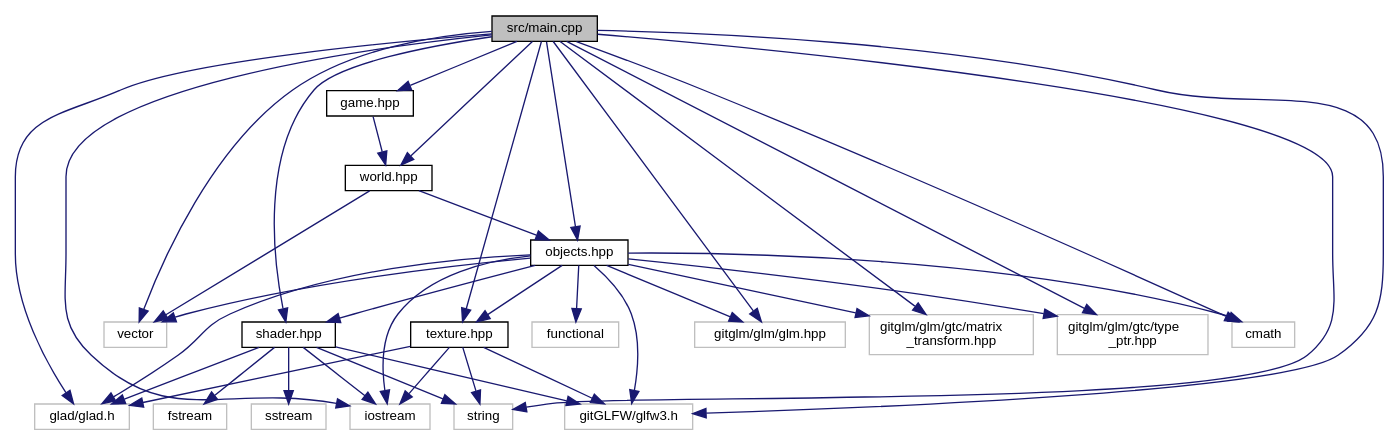
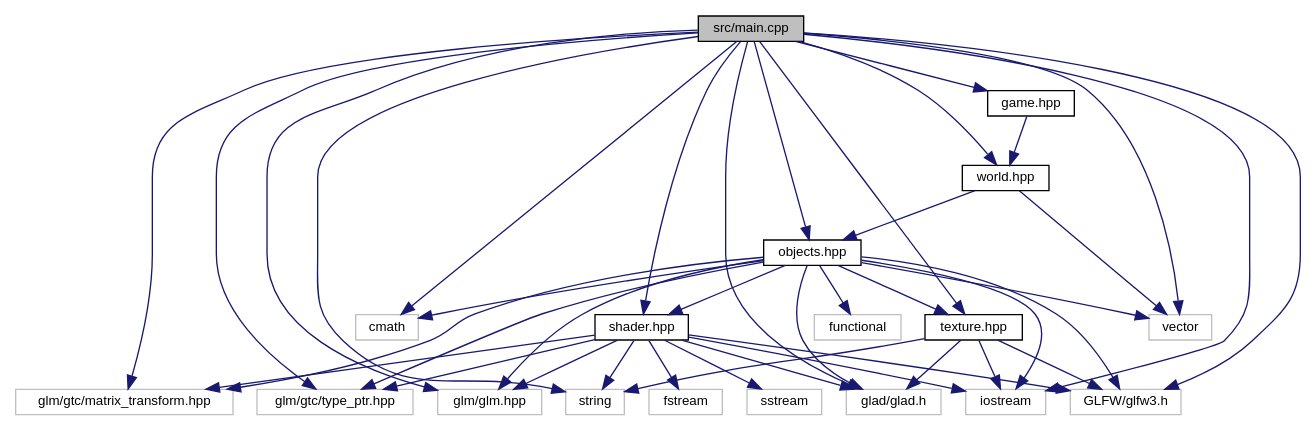
One commit to noah1510/redhand changed the diagram in main_8cpp__incl.dot. Above: the diagram before and after it, drawn with Graphviz. The commit also changed 96 other files, not shown here.

```diff
--- a/main_8cpp__incl.dot
+++ b/main_8cpp__incl.dot
@@ -1,61 +1,64 @@
 digraph "src/main.cpp"
 {
   edge [fontname="Helvetica",fontsize="10",labelfontname="Helvetica",labelfontsize="10"];
   node [fontname="Helvetica",fontsize="10",shape=record];
   Node0 [label="src/main.cpp",height=0.2,width=0.4,color="black", fillcolor="grey75", style="filled", fontcolor="black"];
   Node0 -> Node1 [color="midnightblue",fontsize="10",style="solid",fontname="Helvetica"];
   Node1 [label="glad/glad.h",height=0.2,width=0.4,color="grey75", fillcolor="white", style="filled"];
   Node0 -> Node2 [color="midnightblue",fontsize="10",style="solid",fontname="Helvetica"];
-  Node2 [label="gitGLFW/glfw3.h",height=0.2,width=0.4,color="grey75", fillcolor="white", style="filled"];
+  Node2 [label="GLFW/glfw3.h",height=0.2,width=0.4,color="grey75", fillcolor="white", style="filled"];
   Node0 -> Node3 [color="midnightblue",fontsize="10",style="solid",fontname="Helvetica"];
-  Node3 [label="gitglm/glm/glm.hpp",height=0.2,width=0.4,color="grey75", fillcolor="white", style="filled"];
+  Node3 [label="glm/glm.hpp",height=0.2,width=0.4,color="grey75", fillcolor="white", style="filled"];
   Node0 -> Node4 [color="midnightblue",fontsize="10",style="solid",fontname="Helvetica"];
-  Node4 [label="gitglm/glm/gtc/matrix\l_transform.hpp",height=0.2,width=0.4,color="grey75", fillcolor="white", style="filled"];
+  Node4 [label="glm/gtc/matrix_transform.hpp",height=0.2,width=0.4,color="grey75", fillcolor="white", style="filled"];
   Node0 -> Node5 [color="midnightblue",fontsize="10",style="solid",fontname="Helvetica"];
-  Node5 [label="gitglm/glm/gtc/type\l_ptr.hpp",height=0.2,width=0.4,color="grey75", fillcolor="white", style="filled"];
+  Node5 [label="glm/gtc/type_ptr.hpp",height=0.2,width=0.4,color="grey75", fillcolor="white", style="filled"];
   Node0 -> Node6 [color="midnightblue",fontsize="10",style="solid",fontname="Helvetica"];
   Node6 [label="iostream",height=0.2,width=0.4,color="grey75", fillcolor="white", style="filled"];
   Node0 -> Node7 [color="midnightblue",fontsize="10",style="solid",fontname="Helvetica"];
   Node7 [label="cmath",height=0.2,width=0.4,color="grey75", fillcolor="white", style="filled"];
   Node0 -> Node8 [color="midnightblue",fontsize="10",style="solid",fontname="Helvetica"];
   Node8 [label="string",height=0.2,width=0.4,color="grey75", fillcolor="white", style="filled"];
   Node0 -> Node9 [color="midnightblue",fontsize="10",style="solid",fontname="Helvetica"];
   Node9 [label="vector",height=0.2,width=0.4,color="grey75", fillcolor="white", style="filled"];
   Node0 -> Node10 [color="midnightblue",fontsize="10",style="solid",fontname="Helvetica"];
   Node10 [label="objects.hpp",height=0.2,width=0.4,color="black", fillcolor="white", style="filled",URL="$objects_8hpp.html"];
   Node10 -> Node11 [color="midnightblue",fontsize="10",style="solid",fontname="Helvetica"];
   Node11 [label="shader.hpp",height=0.2,width=0.4,color="black", fillcolor="white", style="filled",URL="$shader_8hpp.html"];
   Node11 -> Node1 [color="midnightblue",fontsize="10",style="solid",fontname="Helvetica"];
   Node11 -> Node2 [color="midnightblue",fontsize="10",style="solid",fontname="Helvetica"];
+  Node11 -> Node3 [color="midnightblue",fontsize="10",style="solid",fontname="Helvetica"];
+  Node11 -> Node4 [color="midnightblue",fontsize="10",style="solid",fontname="Helvetica"];
+  Node11 -> Node5 [color="midnightblue",fontsize="10",style="solid",fontname="Helvetica"];
   Node11 -> Node8 [color="midnightblue",fontsize="10",style="solid",fontname="Helvetica"];
   Node11 -> Node12 [color="midnightblue",fontsize="10",style="solid",fontname="Helvetica"];
   Node12 [label="fstream",height=0.2,width=0.4,color="grey75", fillcolor="white", style="filled"];
   Node11 -> Node13 [color="midnightblue",fontsize="10",style="solid",fontname="Helvetica"];
   Node13 [label="sstream",height=0.2,width=0.4,color="grey75", fillcolor="white", style="filled"];
   Node11 -> Node6 [color="midnightblue",fontsize="10",style="solid",fontname="Helvetica"];
   Node10 -> Node14 [color="midnightblue",fontsize="10",style="solid",fontname="Helvetica"];
   Node14 [label="texture.hpp",height=0.2,width=0.4,color="black", fillcolor="white", style="filled",URL="$texture_8hpp.html"];
   Node14 -> Node8 [color="midnightblue",fontsize="10",style="solid",fontname="Helvetica"];
   Node14 -> Node1 [color="midnightblue",fontsize="10",style="solid",fontname="Helvetica"];
   Node14 -> Node2 [color="midnightblue",fontsize="10",style="solid",fontname="Helvetica"];
   Node14 -> Node6 [color="midnightblue",fontsize="10",style="solid",fontname="Helvetica"];
   Node10 -> Node7 [color="midnightblue",fontsize="10",style="solid",fontname="Helvetica"];
   Node10 -> Node6 [color="midnightblue",fontsize="10",style="solid",fontname="Helvetica"];
   Node10 -> Node9 [color="midnightblue",fontsize="10",style="solid",fontname="Helvetica"];
   Node10 -> Node15 [color="midnightblue",fontsize="10",style="solid",fontname="Helvetica"];
   Node15 [label="functional",height=0.2,width=0.4,color="grey75", fillcolor="white", style="filled"];
   Node10 -> Node3 [color="midnightblue",fontsize="10",style="solid",fontname="Helvetica"];
   Node10 -> Node4 [color="midnightblue",fontsize="10",style="solid",fontname="Helvetica"];
   Node10 -> Node5 [color="midnightblue",fontsize="10",style="solid",fontname="Helvetica"];
   Node10 -> Node1 [color="midnightblue",fontsize="10",style="solid",fontname="Helvetica"];
   Node10 -> Node2 [color="midnightblue",fontsize="10",style="solid",fontname="Helvetica"];
   Node0 -> Node11 [color="midnightblue",fontsize="10",style="solid",fontname="Helvetica"];
   Node0 -> Node14 [color="midnightblue",fontsize="10",style="solid",fontname="Helvetica"];
   Node0 -> Node16 [color="midnightblue",fontsize="10",style="solid",fontname="Helvetica"];
   Node16 [label="game.hpp",height=0.2,width=0.4,color="black", fillcolor="white", style="filled",URL="$game_8hpp.html"];
   Node16 -> Node17 [color="midnightblue",fontsize="10",style="solid",fontname="Helvetica"];
   Node17 [label="world.hpp",height=0.2,width=0.4,color="black", fillcolor="white", style="filled",URL="$world_8hpp.html"];
   Node17 -> Node9 [color="midnightblue",fontsize="10",style="solid",fontname="Helvetica"];
   Node17 -> Node10 [color="midnightblue",fontsize="10",style="solid",fontname="Helvetica"];
   Node0 -> Node17 [color="midnightblue",fontsize="10",style="solid",fontname="Helvetica"];
 }
```
